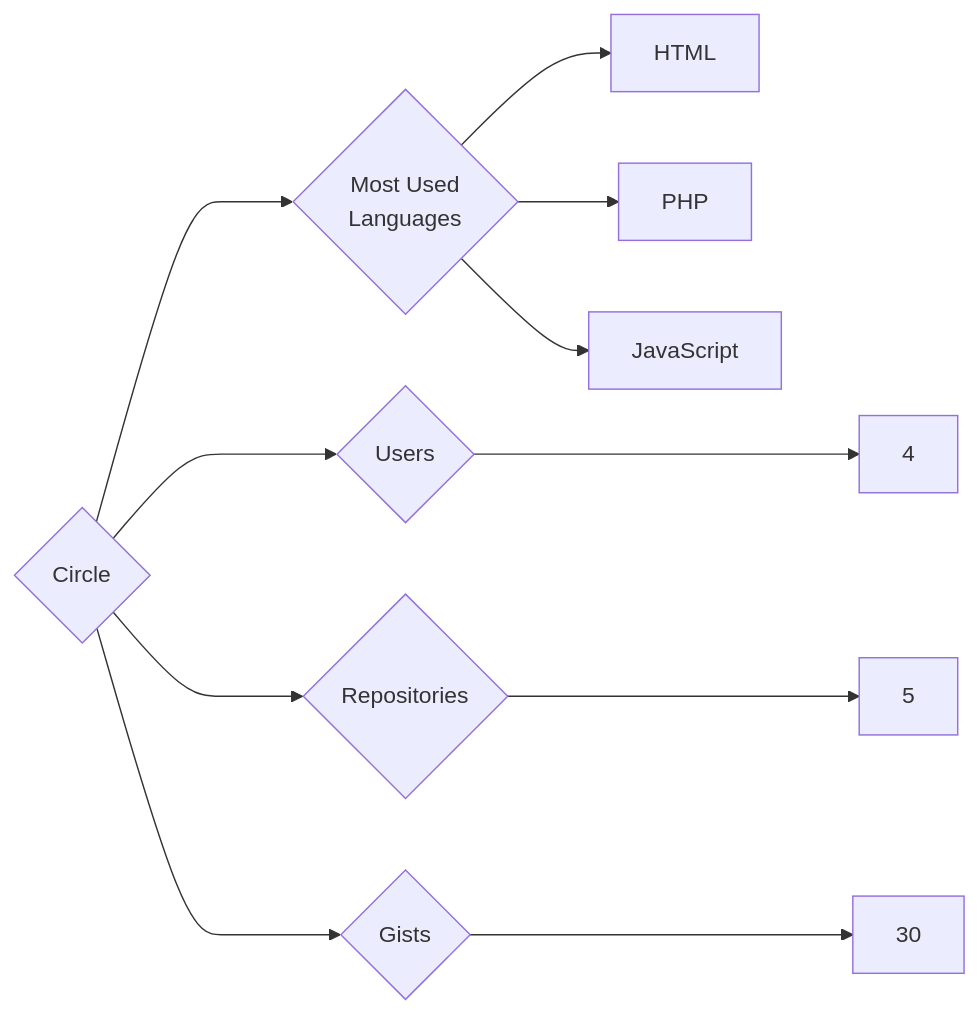
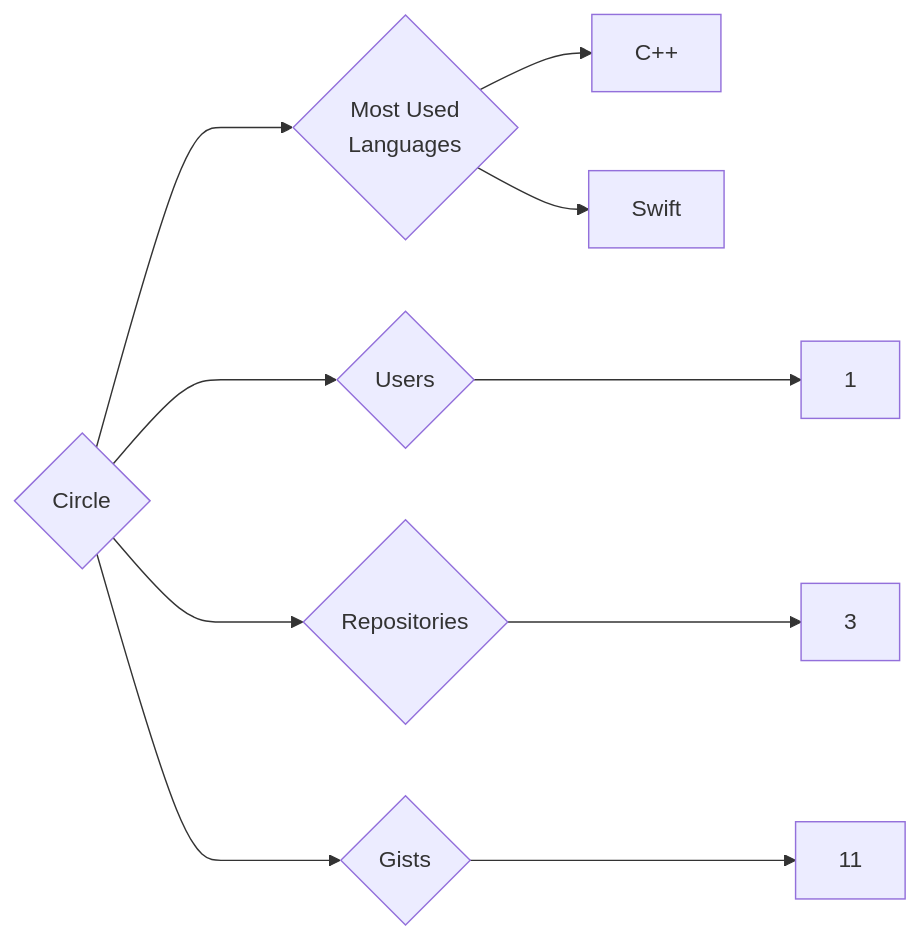
The diagram in targets/Circle/README.md (trickest/insiders), drawn with Mermaid before and after one commit. The commit also changed 891 other files, not shown here.

````diff
--- a/targets/Circle/README.md
+++ b/targets/Circle/README.md
@@ -3,11 +3,10 @@
 ```mermaid
 graph LR
 COMPANY_NAME{Circle}
-COMPANY_NAME ---> U{Users} ---> UN[4]
-COMPANY_NAME ---> R{Repositories} ---> RN[5]
-COMPANY_NAME ---> G{Gists} ---> GN[30]
+COMPANY_NAME ---> U{Users} ---> UN[1]
+COMPANY_NAME ---> R{Repositories} ---> RN[3]
+COMPANY_NAME ---> G{Gists} ---> GN[11]
 COMPANY_NAME ---> ML{Most Used<br>Languages}
-ML --> HTML[HTML]
-ML --> PHP[PHP]
-ML --> JavaScript[JavaScript]
+ML --> C++[C++]
+ML --> Swift[Swift]
 ```
````
